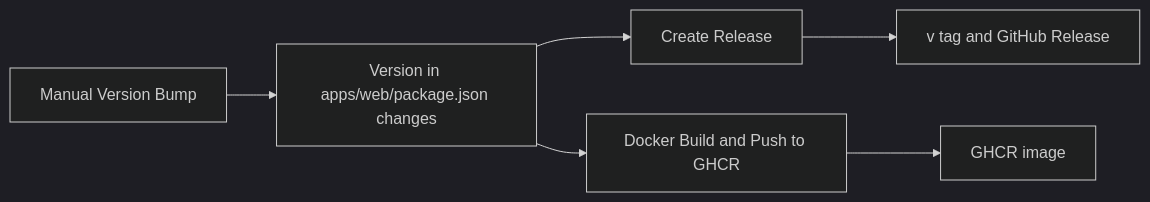
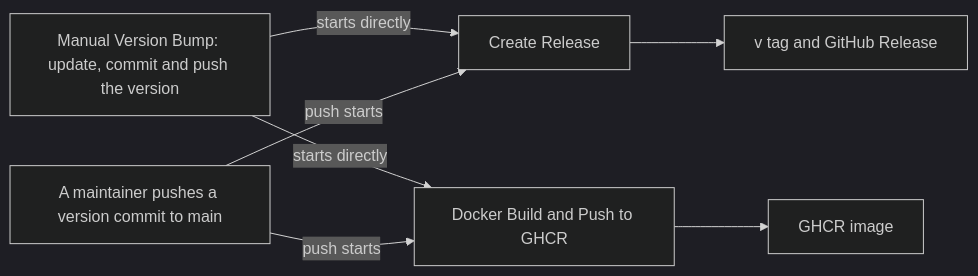
One commit to Alice39s/kuma-mieru changed the diagram in apps/docs/content/docs/guides/versioning.en.mdx. Above: the diagram before and after it, drawn with Mermaid (dark theme). The commit also changed other lines of this file and 15 other files, not shown here.

````diff
--- a/apps/docs/content/docs/guides/versioning.en.mdx
+++ b/apps/docs/content/docs/guides/versioning.en.mdx
@@ -39,8 +42,9 @@
 ```mermaid
 flowchart LR
-  A[Manual Version Bump] --> B[Version in apps/web/package.json changes]
-  B --> C[Create Release]
-  B --> D[Docker Build and Push to GHCR]
-  C --> E[v tag and GitHub Release]
-  D --> F[GHCR image]
+  A["Manual Version Bump: update, commit and push the version"] -->|starts directly| C["Create Release"]
+  A -->|starts directly| D["Docker Build and Push to GHCR"]
+  M["A maintainer pushes a version commit to main"] -->|push starts| C
+  M -->|push starts| D
+  C --> E["v tag and GitHub Release"]
+  D --> F["GHCR image"]
 ```
````
